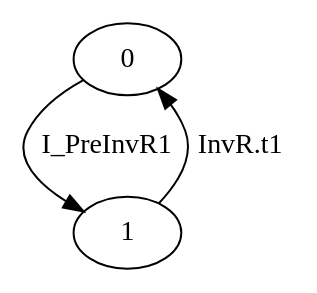
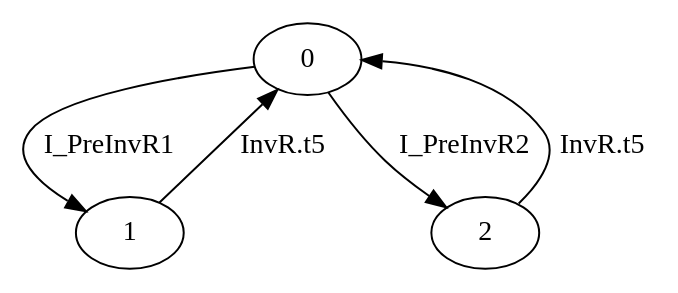
Before and after one commit to nsrosa70/midarch-go-v13: the diagram in src/cspspecs/SenderReceiver/SENDER.dot, drawn with Graphviz. The commit also changed 42 other files, not shown here.

```diff
--- a/src/cspspecs/SenderReceiver/SENDER.dot
+++ b/src/cspspecs/SenderReceiver/SENDER.dot
@@ -1,4 +1,6 @@
 digraph G {
   0 -> 1 [ label="I_PreInvR1" ];
-  1 -> 0 [ label="InvR.t1" ];
+  0 -> 2 [ label="I_PreInvR2" ];
+  1 -> 0 [ label="InvR.t5" ];
+  2 -> 0 [ label="InvR.t5" ];
 }
```
